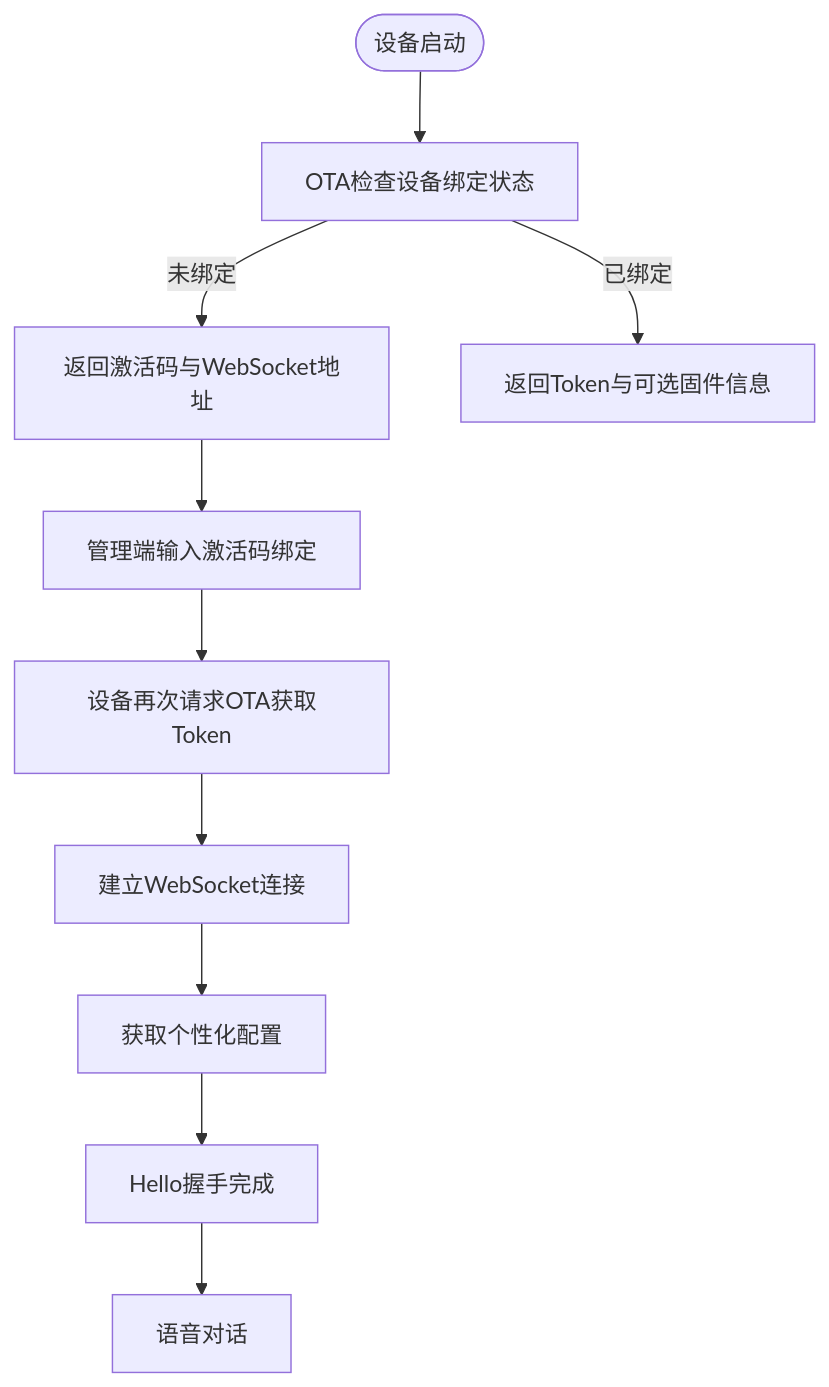
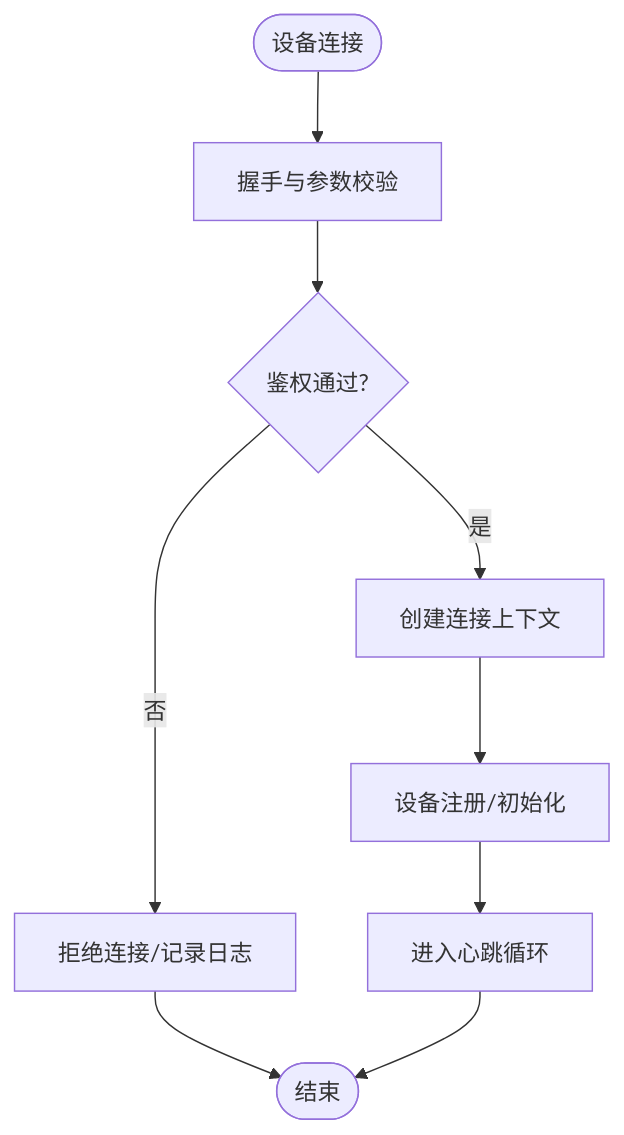
One commit to haixinke/xiaozhi-esp32-server changed the third of 10 diagrams in .qoder/repowiki/zh/content/设备管理/设备管理.md. Above: the diagram before and after it, drawn with Mermaid. The commit also changed other lines of this file and 557 other files, not shown here.

````diff
--- a/.qoder/repowiki/zh/content/设备管理/设备管理.md
+++ b/.qoder/repowiki/zh/content/设备管理/设备管理.md
@@ -123,12 +171,11 @@
 ```mermaid
 flowchart TD
-Start(["设备启动"]) --> CheckBind["OTA检查设备绑定状态"]
-CheckBind --> |未绑定| ReturnActivation["返回激活码与WebSocket地址"]
-CheckBind --> |已绑定| ReturnToken["返回Token与可选固件信息"]
-ReturnActivation --> UserBind["管理端输入激活码绑定"]
-UserBind --> ReOTA["设备再次请求OTA获取Token"]
-ReOTA --> ConnectWS["建立WebSocket连接"]
-ConnectWS --> LoadConfig["获取个性化配置"]
-LoadConfig --> Hello["Hello握手完成"]
-Hello --> Talk["语音对话"]
+Start(["设备连接"]) --> Handshake["握手与参数校验"]
+Handshake --> AuthCheck{"鉴权通过?"}
+AuthCheck --> |否| Reject["拒绝连接/记录日志"]
+AuthCheck --> |是| CreateCtx["创建连接上下文"]
+CreateCtx --> Register["设备注册/初始化"]
+Register --> Heartbeat["进入心跳循环"]
+Reject --> End(["结束"])
+Heartbeat --> End
 ```
````
